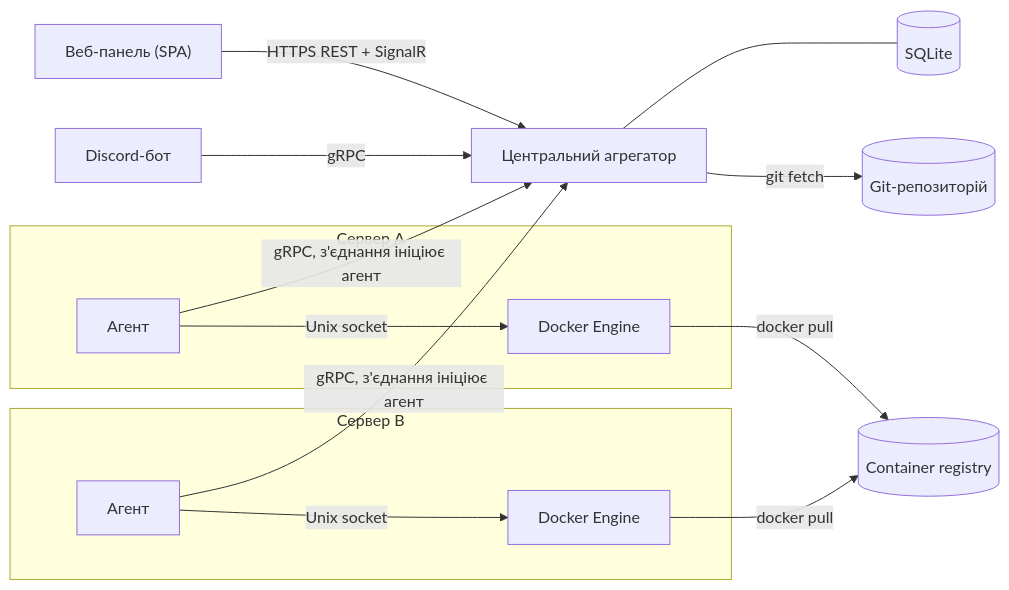
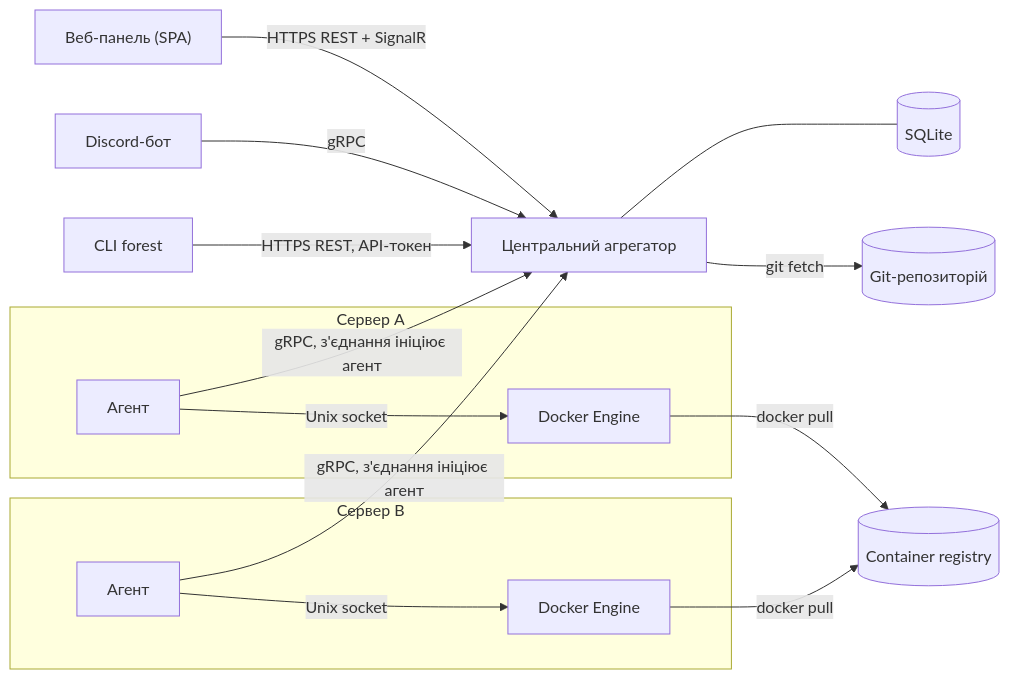
One commit to container-forest/container-forest-course changed the first of 2 diagrams in docs/project-overview.md. Above: the diagram before and after it, drawn with Mermaid. The commit also changed other lines of this file, not shown here.

First line of the commit message:
docs: the CLI and passwordless sign-in in the project overview

````diff
--- a/docs/project-overview.md
+++ b/docs/project-overview.md
@@ -86,17 +88,18 @@
 ```mermaid
 flowchart LR
   UI["Веб-панель (SPA)"] -->|"HTTPS REST + SignalR"| CA["Центральний агрегатор"]
   Bot["Discord-бот"] -->|"gRPC"| CA
+  Cli["CLI forest"] -->|"HTTPS REST, API-токен"| CA
   CA --- DB[("SQLite")]
   CA -->|"git fetch"| Git[("Git-репозиторій")]
   subgraph EnvA["Сервер A"]
     EA1["Агент"] -->|"Unix socket"| D1["Docker Engine"]
   end
   subgraph EnvB["Сервер B"]
     EA2["Агент"] -->|"Unix socket"| D2["Docker Engine"]
   end
   EA1 -->|"gRPC, з'єднання ініціює агент"| CA
   EA2 -->|"gRPC, з'єднання ініціює агент"| CA
   D1 -->|"docker pull"| Reg[("Container registry")]
   D2 -->|"docker pull"| Reg
 ```
````
